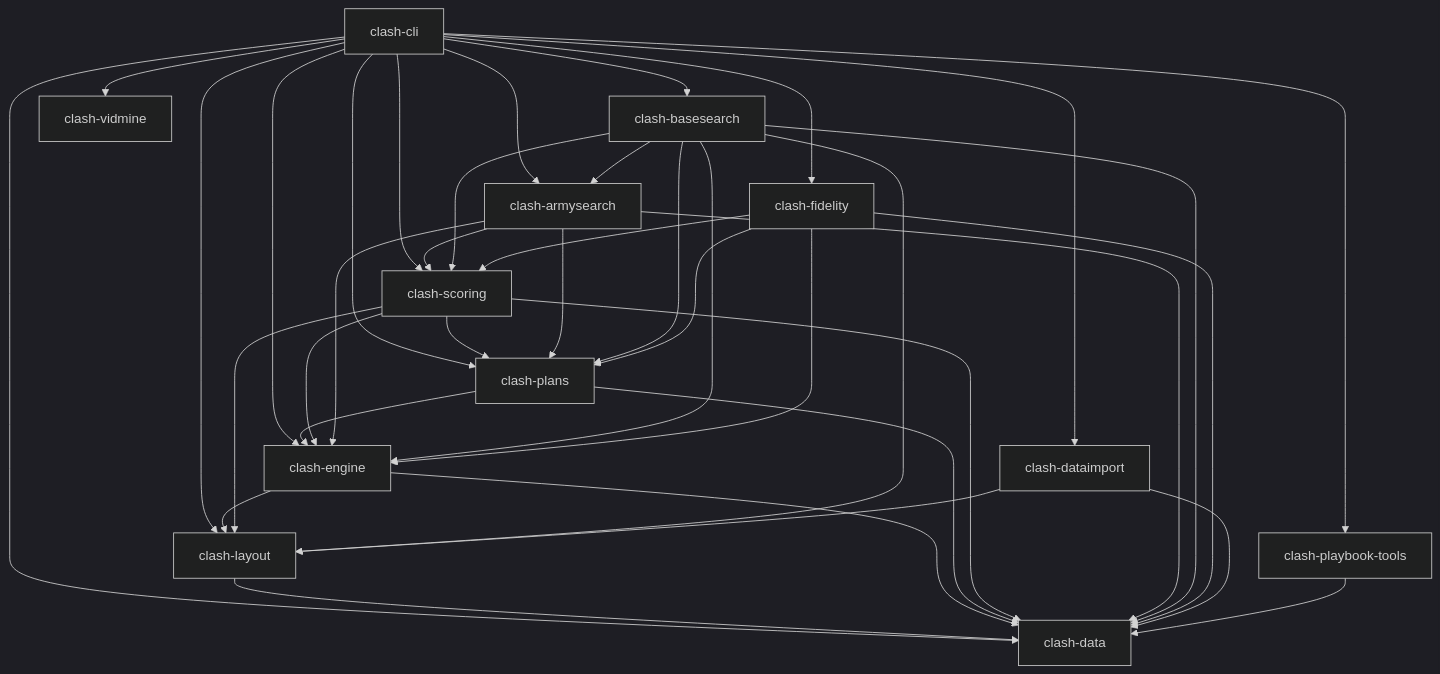
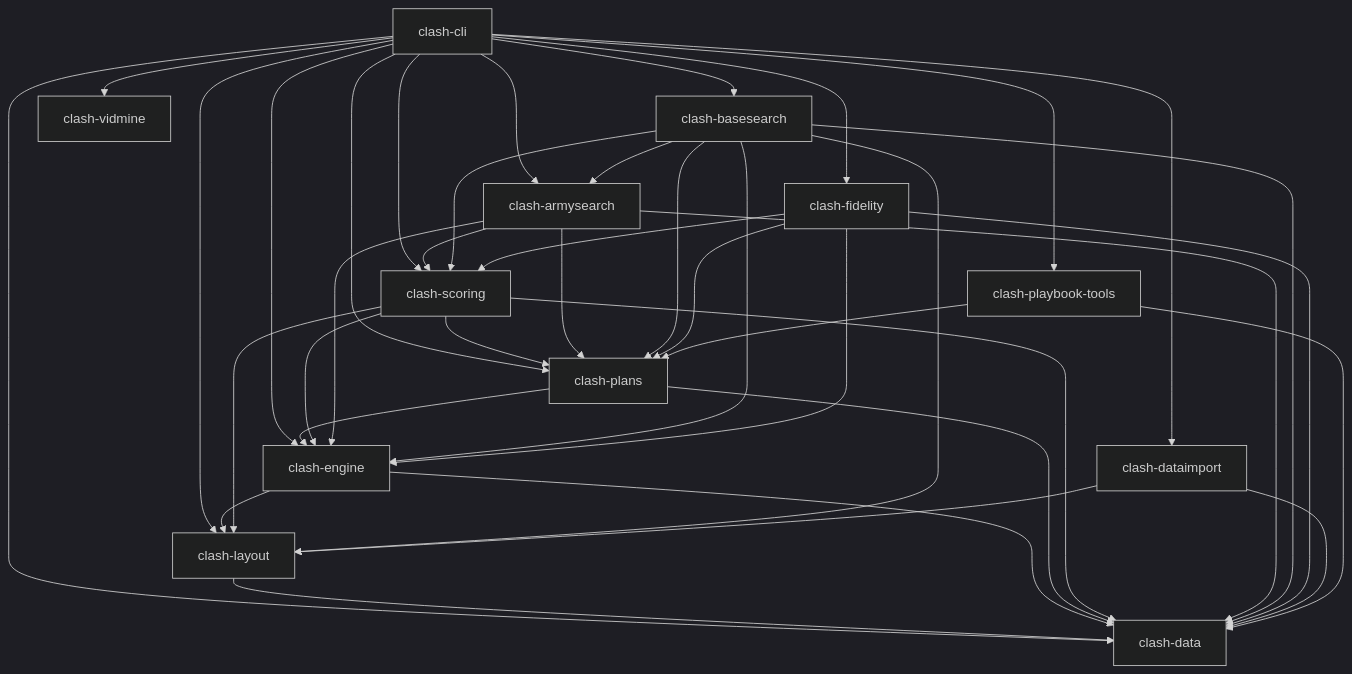
One commit to jdaws97/clash-simulation-work changed the first of 2 diagrams in docs/ARCHITECTURE.md. Above: the diagram before and after it, drawn with Mermaid (dark theme). The commit also changed other lines of this file and 18 other files, not shown here.

````diff
--- a/docs/ARCHITECTURE.md
+++ b/docs/ARCHITECTURE.md
@@ -13,40 +13,41 @@
 ```mermaid
 graph TD
     cli[clash-cli] --> data[clash-data]
     cli --> layout[clash-layout]
     cli --> engine[clash-engine]
     cli --> plans[clash-plans]
     cli --> scoring[clash-scoring]
     cli --> army[clash-armysearch]
     cli --> base[clash-basesearch]
     cli --> fidelity[clash-fidelity]
     cli --> video[clash-vidmine]
     cli --> import[clash-dataimport]
     cli --> books[clash-playbook-tools]
     layout --> data
     engine --> data
     engine --> layout
     plans --> data
     plans --> engine
     scoring --> data
     scoring --> layout
     scoring --> engine
     scoring --> plans
     army --> data
     army --> engine
     army --> plans
     army --> scoring
     base --> data
     base --> layout
     base --> engine
     base --> plans
     base --> scoring
     base --> army
     fidelity --> data
     fidelity --> engine
     fidelity --> plans
     fidelity --> scoring
     import --> data
     import --> layout
     books --> data
+    books --> plans
 ```
````
